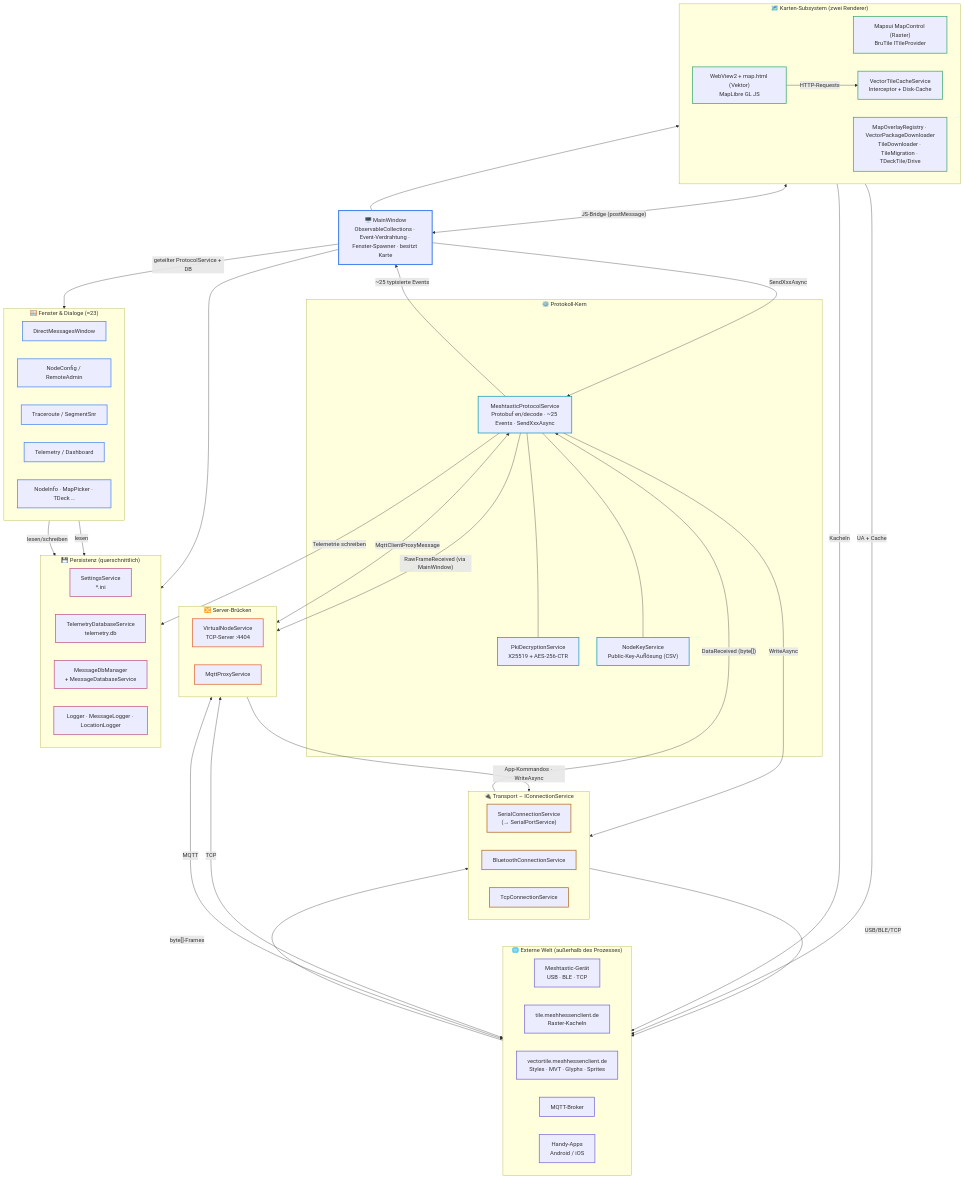
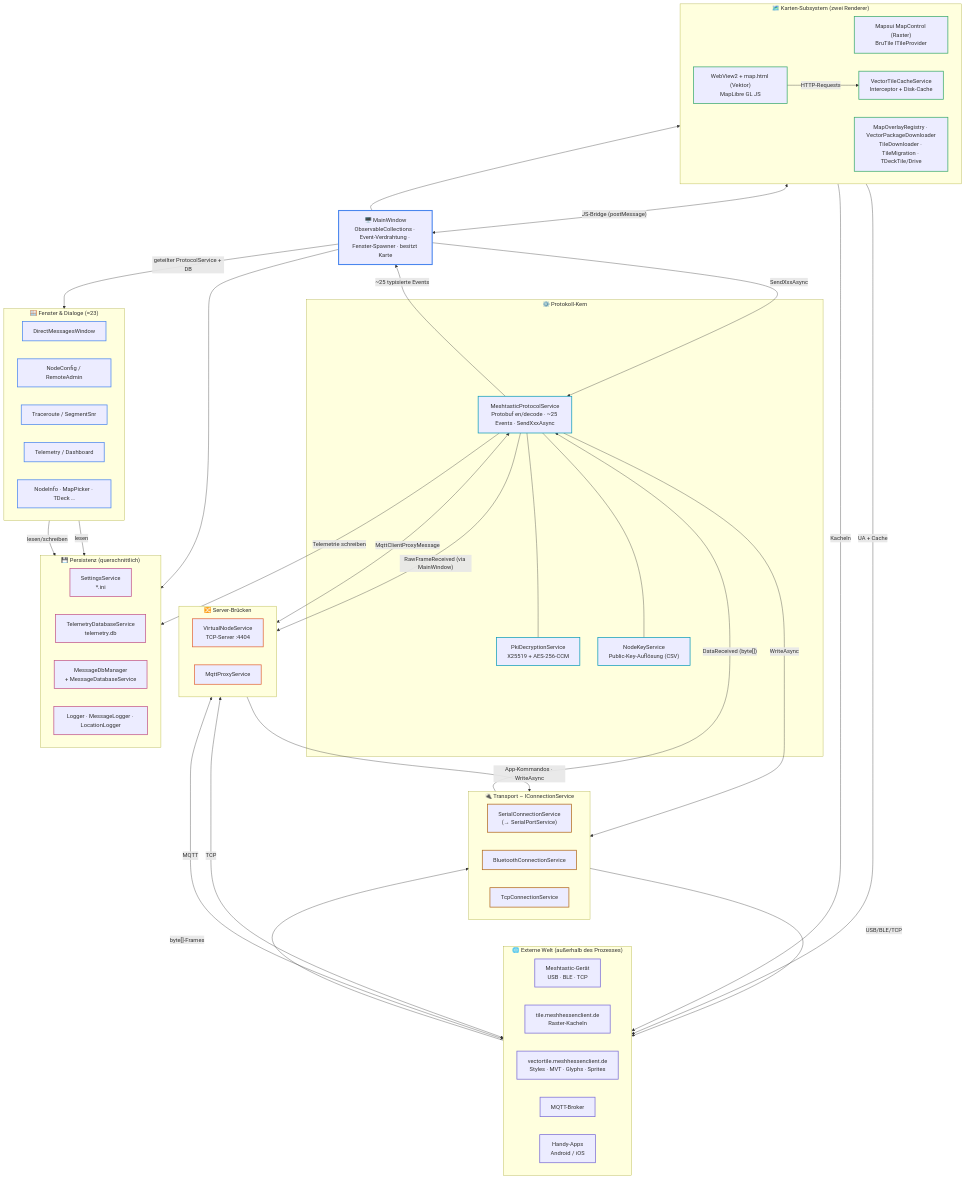
Before and after one commit to SMLunchen/mh_windowsclient: the diagram in docs/architecture.md, drawn with Mermaid. The commit also changed other lines of this file and 98 other files, not shown here.

```diff
--- a/docs/architecture.md
+++ b/docs/architecture.md
@@ -34,7 +34,7 @@
   %% ---------- Protocol core ----------
   subgraph PROTO["⚙️ Protokoll-Kern"]
     PROTOSVC["MeshtasticProtocolService<br/>Protobuf en/decode · ~25 Events · SendXxxAsync"]
-    PKI["PkiDecryptionService<br/>X25519 + AES-256-CTR"]
+    PKI["PkiDecryptionService<br/>X25519 + AES-256-CCM"]
     NKS["NodeKeyService<br/>Public-Key-Auflösung (CSV)"]
   end
 
```
